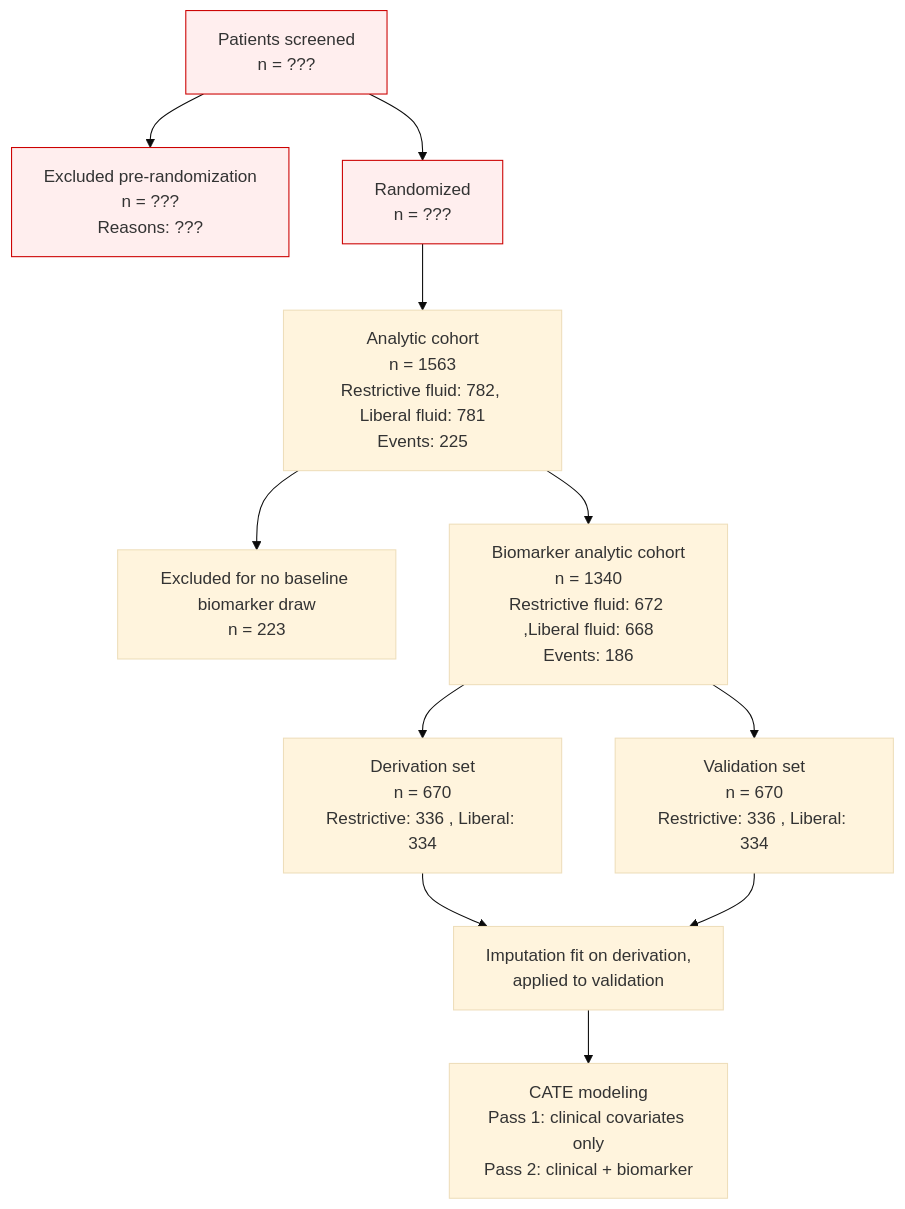
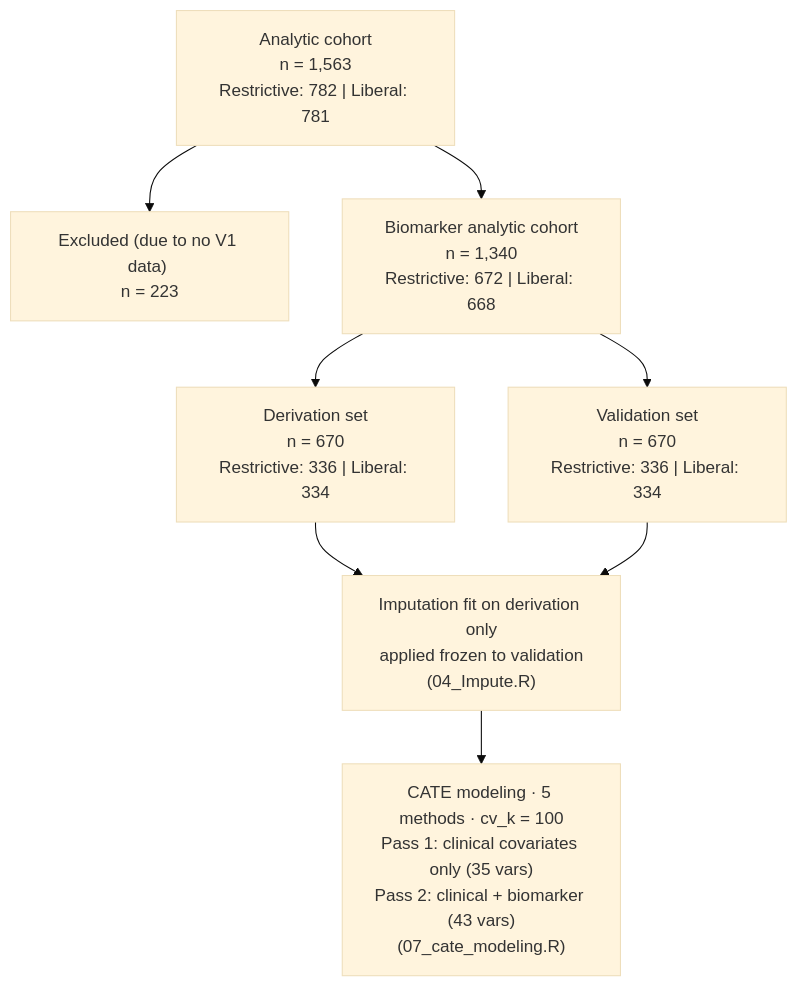
One commit to pitt-shah-lab/clover_iARD_HTE_project changed the diagram in flowcharts/06_participant_flow_diagram.mmd. Above: the diagram before and after it, drawn with Mermaid (base theme). The commit also changed 12 other files, not shown here.

Commit message:
updating read me, diagrams, code, and outputs

```diff
--- a/flowcharts/06_participant_flow_diagram.mmd
+++ b/flowcharts/06_participant_flow_diagram.mmd
@@ -1,20 +1,9 @@
 flowchart TD
-    %% UPSTREAM NODES -- FILL IN FROM PUBLISHED CLOVERS PROTOCOL/RESULTS
-    A[Patients screened<br/>n = ???]
-    A --> B[Excluded pre-randomization<br/>n = ???<br/>Reasons: ???]
-    A --> C[Randomized<br/>n = ???]
-
-    %% DOWNSTREAM FROM THE ANALYTIC COHORT FILES -- REAL NUMBERS BELOW
-    C --> D[Analytic cohort<br/>n = 1563<br/>Restrictive fluid: 782, Liberal fluid: 781<br/>Events: 225]
-    D --> E[Excluded for no baseline biomarker draw<br/>n = 223]
-    D --> F[Biomarker analytic cohort<br/>n = 1340<br/>Restrictive fluid: 672 ,Liberal fluid: 668<br/>Events: 186]
-    F --> G[Derivation set<br/>n = 670<br/>Restrictive: 336 , Liberal: 334]
-    F --> H[Validation set<br/>n = 670<br/>Restrictive: 336 , Liberal: 334]
-    G --> I[Imputation fit on derivation,<br/>applied to validation]
+    A["Analytic cohort<br/>n = 1,563<br/>Restrictive: 782 | Liberal: 781"]
+    A --> E["Excluded (due to no V1 data) <br/>n = 223"]
+    A --> F["Biomarker analytic cohort<br/>n = 1,340<br/>Restrictive: 672 | Liberal: 668"]
+    F --> G["Derivation set<br/>n = 670<br/>Restrictive: 336 | Liberal: 334"]
+    F --> H["Validation set<br/>n = 670<br/>Restrictive: 336 | Liberal: 334"]
+    G --> I["Imputation fit on derivation only<br/>applied frozen to validation<br/>(04_Impute.R)"]
     H --> I
-    I --> J[CATE modeling<br/>Pass 1: clinical covariates only<br/>Pass 2: clinical + biomarker]
-
-    %% styling -- placeholder nodes shown in red so they're hard to miss
-    style A fill:#fee,stroke:#c00
-    style B fill:#fee,stroke:#c00
-    style C fill:#fee,stroke:#c00
+    I --> J["CATE modeling · 5 methods · cv_k = 100<br/>Pass 1: clinical covariates only (35 vars)<br/>Pass 2: clinical + biomarker (43 vars)<br/>(07_cate_modeling.R)"]
```
